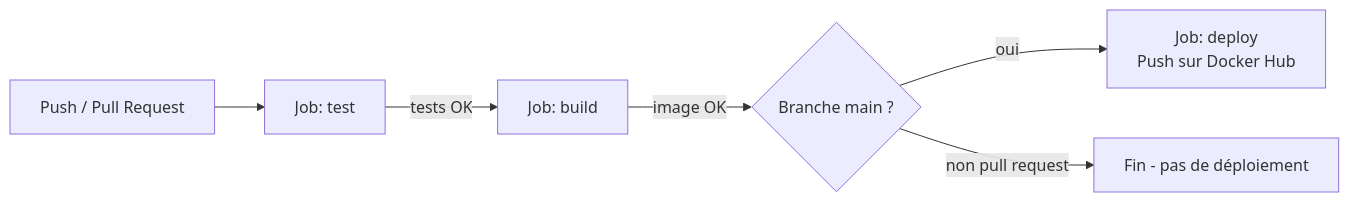
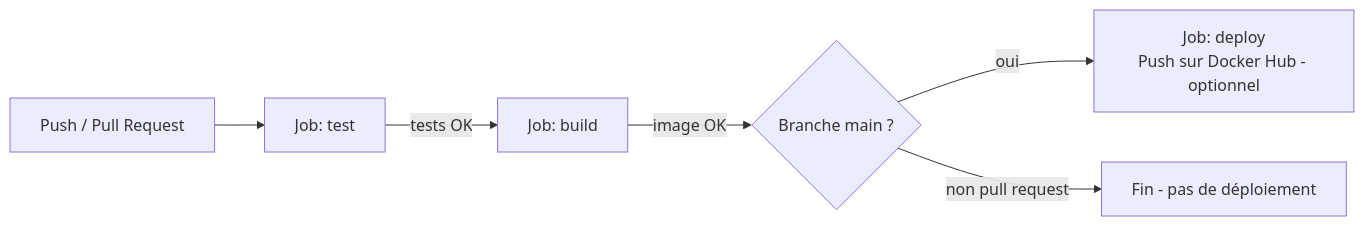
One commit to fatimaadda2878/agritech-crop-recommender changed the diagram in docs/CI_CD.md. Above: the diagram before and after it, drawn with Mermaid. The commit also changed other lines of this file, not shown here.

````diff
--- a/docs/CI_CD.md
+++ b/docs/CI_CD.md
@@ -11,8 +9,8 @@
 ```mermaid
 flowchart LR
     A[Push / Pull Request] --> B[Job: test]
     B -->|tests OK| C[Job: build]
     C -->|image OK| D{Branche main ?}
-    D -->|oui| E[Job: deploy\nPush sur Docker Hub]
+    D -->|oui| E[Job: deploy\nPush sur Docker Hub - optionnel]
     D -->|non pull request| F[Fin - pas de déploiement]
 ```
````
